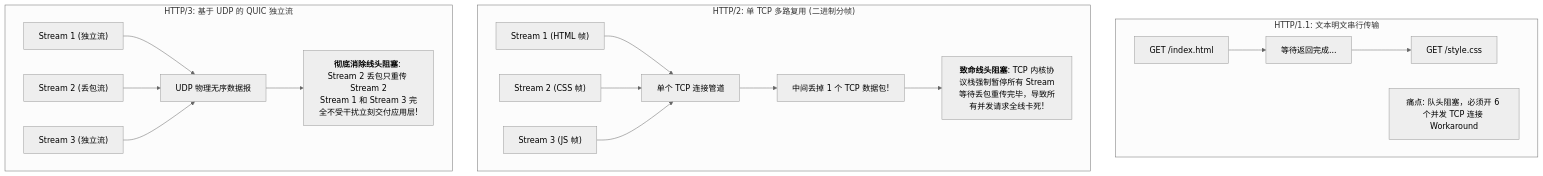
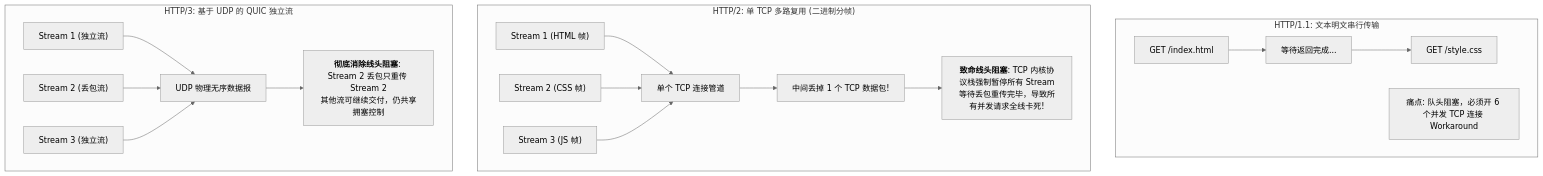
One commit to ifnodoraemon/ifnodoraemon.github.io changed the fourth of 4 diagrams in content/zh/articles/tcp-congestion-control-reno-cubic-bbr-quic-http3.md. Above: the diagram before and after it, drawn with Mermaid (neutral theme). The commit also changed other lines of this file and 86 other files, not shown here.

````diff
--- a/content/zh/articles/tcp-congestion-control-reno-cubic-bbr-quic-http3.md
+++ b/content/zh/articles/tcp-congestion-control-reno-cubic-bbr-quic-http3.md
@@ -169,19 +170,19 @@
 ```mermaid
 flowchart TD
     subgraph HTTP1["HTTP/1.1: 文本明文串行传输"]
         H1_Req1["GET /index.html"] --> H1_Wait["等待返回完成..."]
         H1_Wait --> H1_Req2["GET /style.css"]
         H1_Note["痛点: 队头阻塞，必须开 6 个并发 TCP 连接 Workaround"]
     end
 
     subgraph HTTP2["HTTP/2: 单 TCP 多路复用 (二进制分帧)"]
         H2_Stream1["Stream 1 (HTML 帧)"] & H2_Stream2["Stream 2 (CSS 帧)"] & H2_Stream3["Stream 3 (JS 帧)"] --> TCP_Pipe["单个 TCP 连接管道"]
         TCP_Pipe --> Drop["中间丢掉 1 个 TCP 数据包!"]
         Drop --> TCP_HoL["<b>致命线头阻塞</b>: TCP 内核协议栈强制暂停所有 Stream<br/>等待丢包重传完毕，导致所有并发请求全线卡死!"]
     end
 
     subgraph HTTP3["HTTP/3: 基于 UDP 的 QUIC 独立流"]
         H3_Stream1["Stream 1 (独立流)"] & H3_Stream2["Stream 2 (丢包流)"] & H3_Stream3["Stream 3 (独立流)"] --> UDP_Pipe["UDP 物理无序数据报"]
-        UDP_Pipe --> H3_Fix["<b>彻底消除线头阻塞</b>: Stream 2 丢包只重传 Stream 2<br/>Stream 1 和 Stream 3 完全不受干扰立刻交付应用层!"]
+        UDP_Pipe --> H3_Fix["<b>彻底消除线头阻塞</b>: Stream 2 丢包只重传 Stream 2<br/>其他流可继续交付，仍共享拥塞控制"]
     end
 ```
````
